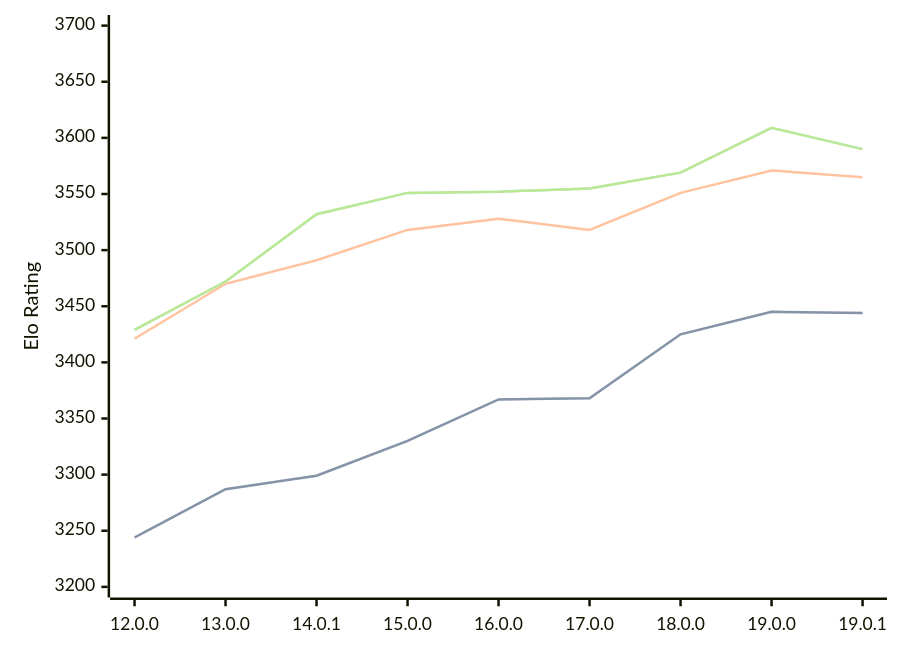
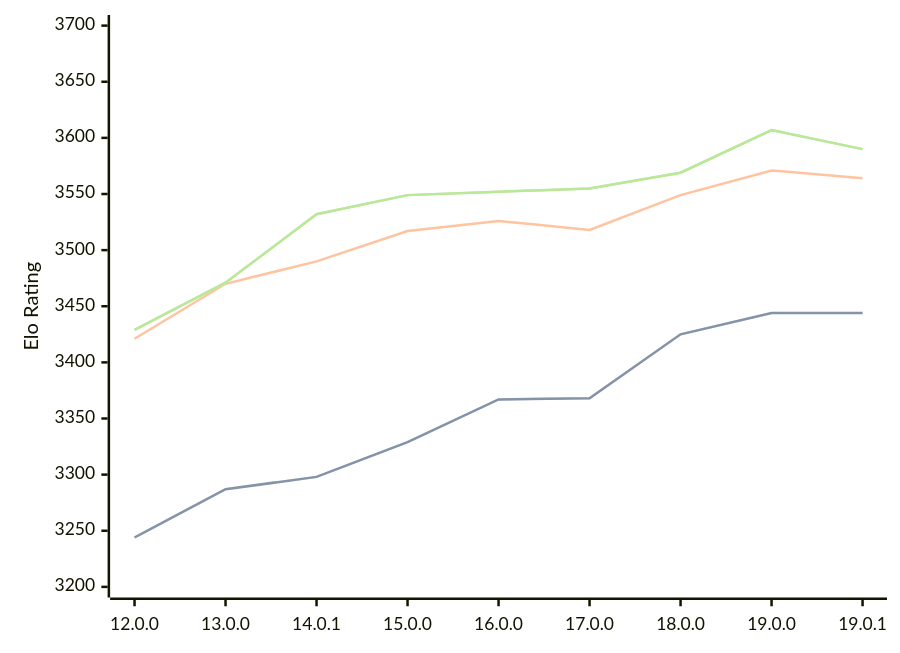
Before and after one commit to computer-chess-index/cci: the diagram in engines/Viridithas.md, drawn with Mermaid. The commit also changed other lines of this file, not shown here.

Commit message:
Update CCI Ratings (ELO VLTC) - 2026-04-21

````diff
--- a/engines/Viridithas.md
+++ b/engines/Viridithas.md
@@ -63,11 +63,11 @@
 ```mermaid
 %%{init: {"theme":"base","themeVariables":{"seriesColors:['#a3a3a3','#222221','#faa371']}}}%%
 xychart-beta
   x-axis ["12.0.0", "13.0.0", "14.0.1", "15.0.0", "16.0.0", "17.0.0", "18.0.0", "19.0.0", "19.0.1"]
   y-axis "Elo Rating" 3200 --> 3700
-  line "STC (8.0+0.08s)" [3244, 3287, 3299, 3330, 3367, 3368, 3425, 3445, 3444]
-  line "STC (8.0+0.08s)" [3244, 3287, 3299, 3330, 3367, 3368, 3425, 3445, 3444]
-  line "LTC (60.0+0.60s)" [3421, 3470, 3491, 3518, 3528, 3518, 3551, 3571, 3565]
-  line "VLTC (2m24s+1.12s)" [3429, 3472, 3532, 3551, 3552, 3555, 3569, 3609, 3590]
-  line "VLTC (2m24s+1.12s)" [3429, 3472, 3532, 3551, 3552, 3555, 3569, 3609, 3590]
+  line "STC (8.0+0.08s)" [3244, 3287, 3298, 3329, 3367, 3368, 3425, 3444, 3444]
+  line "STC (8.0+0.08s)" [3244, 3287, 3298, 3329, 3367, 3368, 3425, 3444, 3444]
+  line "LTC (60.0+0.60s)" [3421, 3470, 3490, 3517, 3526, 3518, 3549, 3571, 3564]
+  line "VLTC (2m24s+1.12s)" [3429, 3471, 3532, 3549, 3552, 3555, 3569, 3607, 3590]
+  line "VLTC (2m24s+1.12s)" [3429, 3471, 3532, 3549, 3552, 3555, 3569, 3607, 3590]
 ```
````
